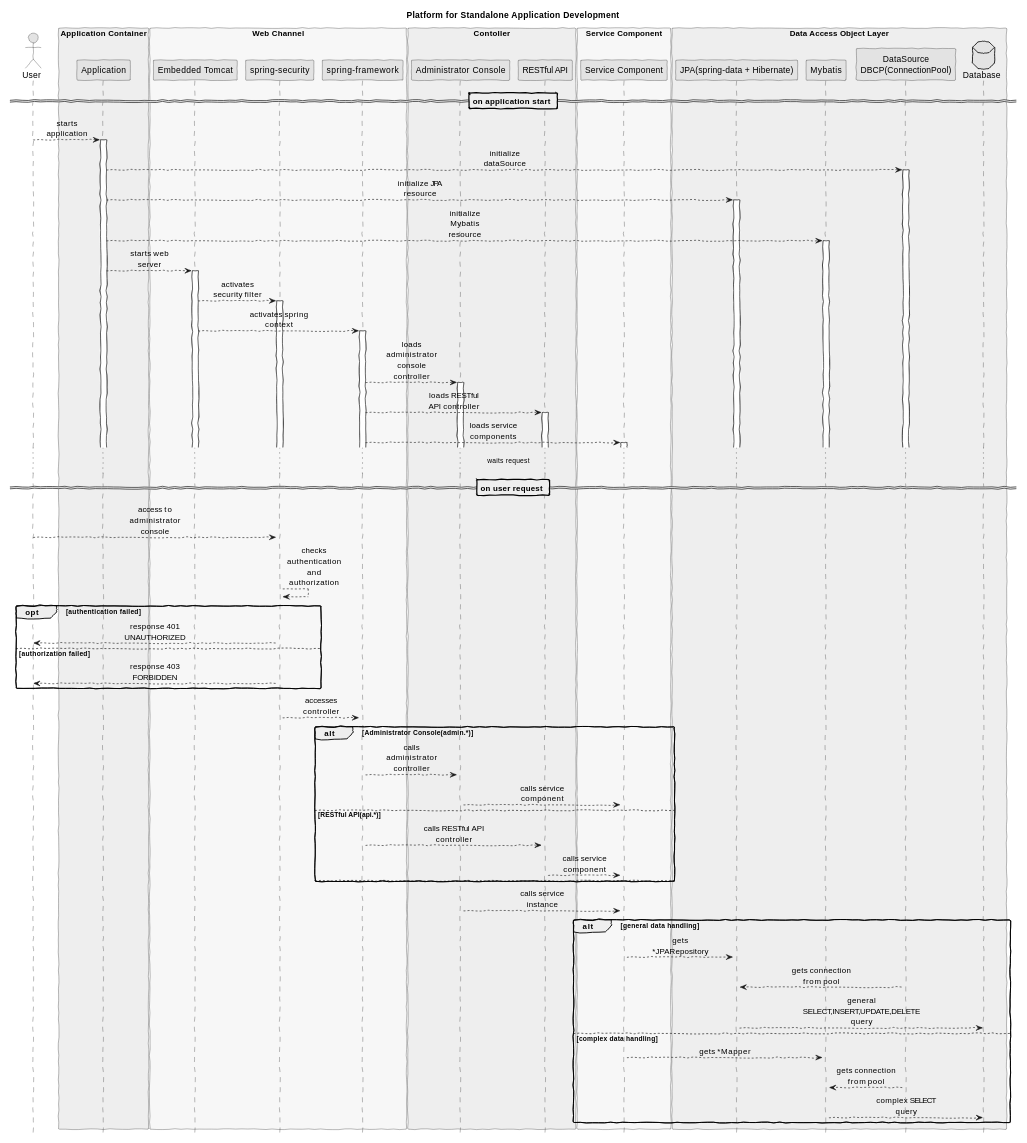
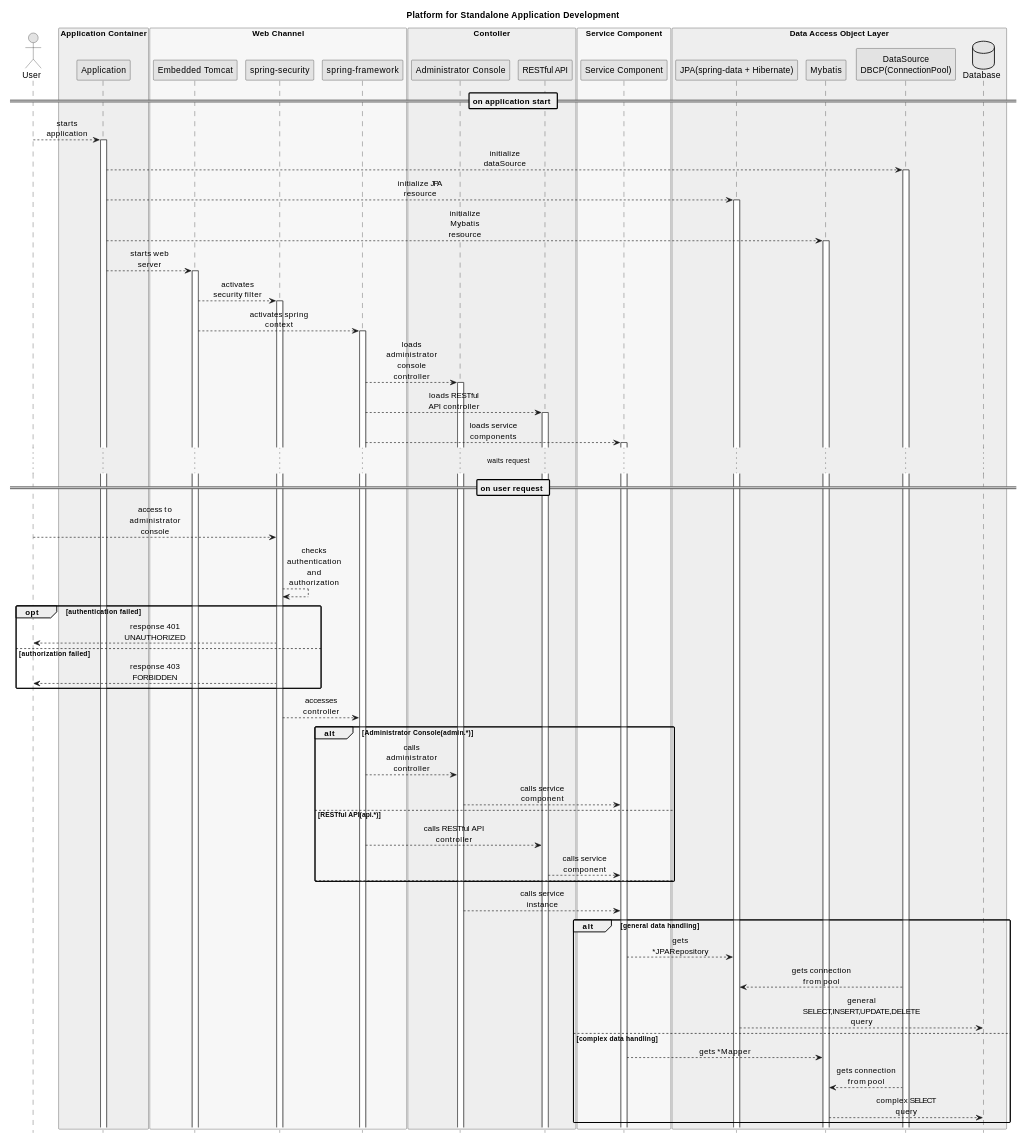
Before and after one commit to oopscraft/application: the third of 3 diagrams in README.md, drawn with PlantUML. The commit also changed other lines of this file and 54 other files, not shown here.

`````diff
--- a/README.md
+++ b/README.md
@@ -7,6 +172,6 @@
+```plantuml
 @startuml 
 scale 1000 width
-skinparam handwritten true
 skinparam monochrome true
 skinparam ParticipantPadding 2
 skinparam BoxPadding 0
@@ -91,3 +256,4 @@
 	 mybatis --> database : complex SELECT query
 end
 @enduml
+````
`````
